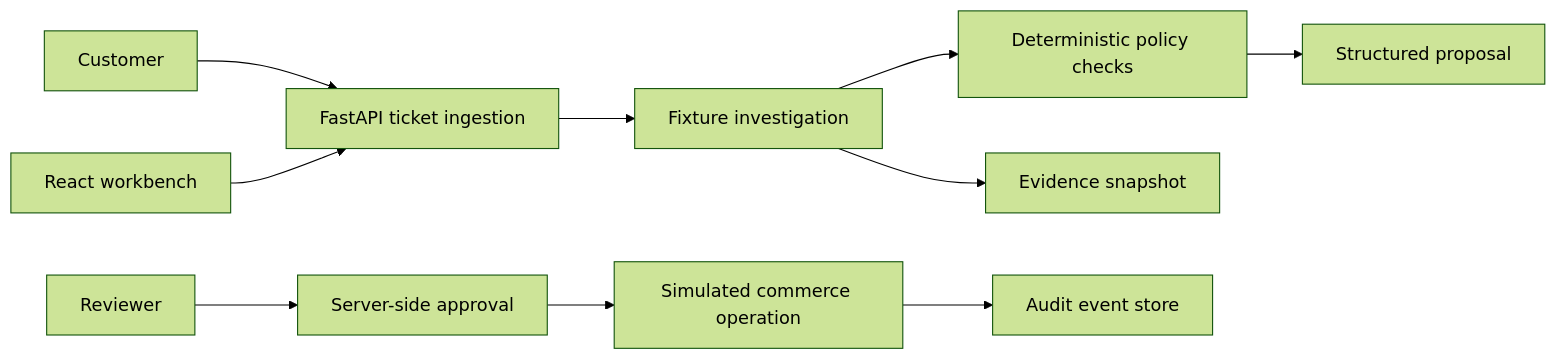
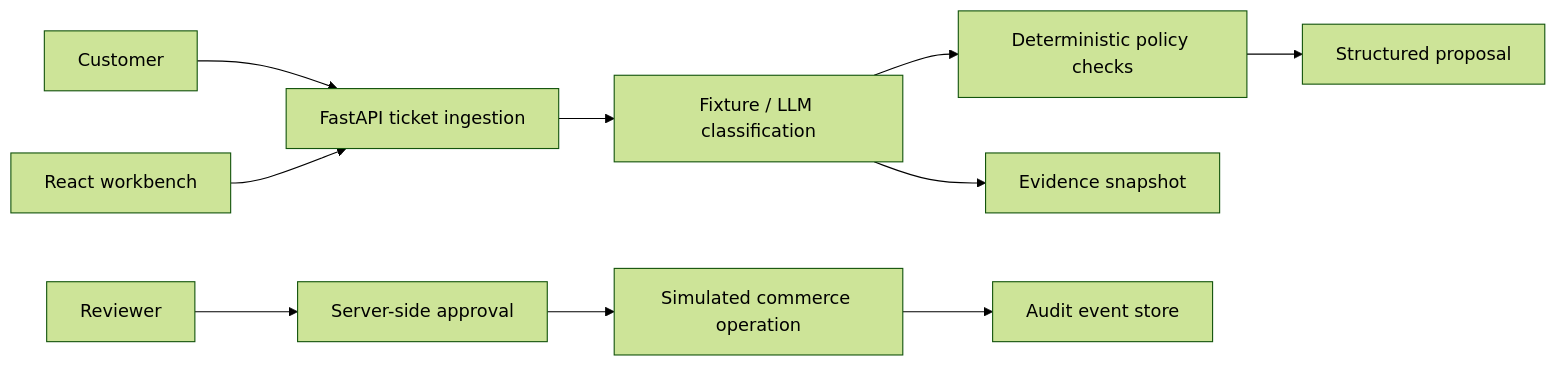
One commit to ranajahanzaib/ecommerce-support-automation changed the first of 2 diagrams in README.md. Above: the diagram before and after it, drawn with Mermaid (forest theme). The commit also changed other lines of this file and 9 other files, not shown here.

````diff
--- a/README.md
+++ b/README.md
@@ -13,12 +82,12 @@
 ```mermaid
 flowchart LR
   Customer --> TicketAPI[FastAPI ticket ingestion]
-  TicketAPI --> Investigation[Fixture investigation]
+  TicketAPI --> Investigation[Fixture / LLM classification]
   Investigation --> Policy[Deterministic policy checks]
   Investigation --> Evidence[Evidence snapshot]
   Policy --> Proposal[Structured proposal]
   Reviewer --> Approval[Server-side approval]
   Approval --> Simulator[Simulated commerce operation]
   Simulator --> Audit[Audit event store]
   Web[React workbench] --> TicketAPI
 ```
````
